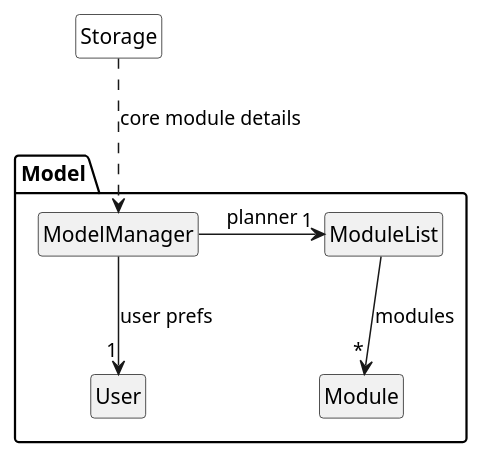
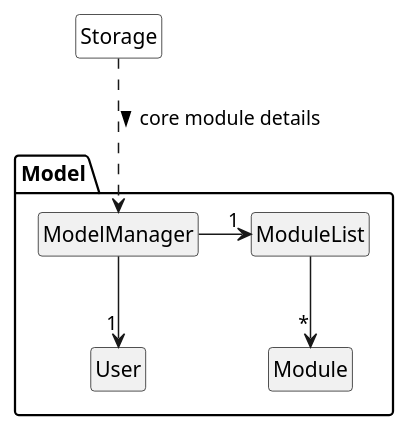
One commit to sriram-senthilkr/tp changed the diagram in docs/uml/sourcecode/ModelClass.puml. Above: the diagram before and after it, drawn with PlantUML. The commit also changed 20 other files, not shown here.

Commit message:
Fix diagrams 1

```diff
--- a/docs/uml/sourcecode/ModelClass.puml
+++ b/docs/uml/sourcecode/ModelClass.puml
@@ -1,20 +1,21 @@
 @startuml
 hide empty members
 hide circle
+skinparam classAttributeIconSize 0
 
 package Model{
     class ModelManager
     class ModuleList
     class User
     class Module
 }
 
 Class Storage #FFFFFF
-Storage ..> ModelManager: core module details
+Storage ..> ModelManager: core module details >
 
-ModelManager -> "1" ModuleList: planner
-ModelManager --> "1" User: user prefs
-ModuleList --> "*" Module: modules
+ModelManager -> "1" ModuleList
+ModelManager --> "1" User
+ModuleList --> "*" Module
 
 
 @enduml
```
